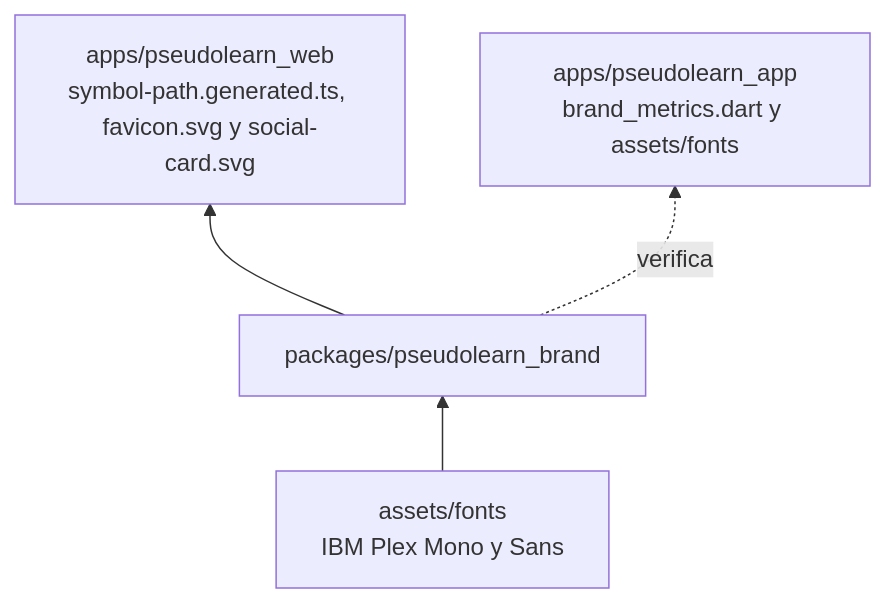
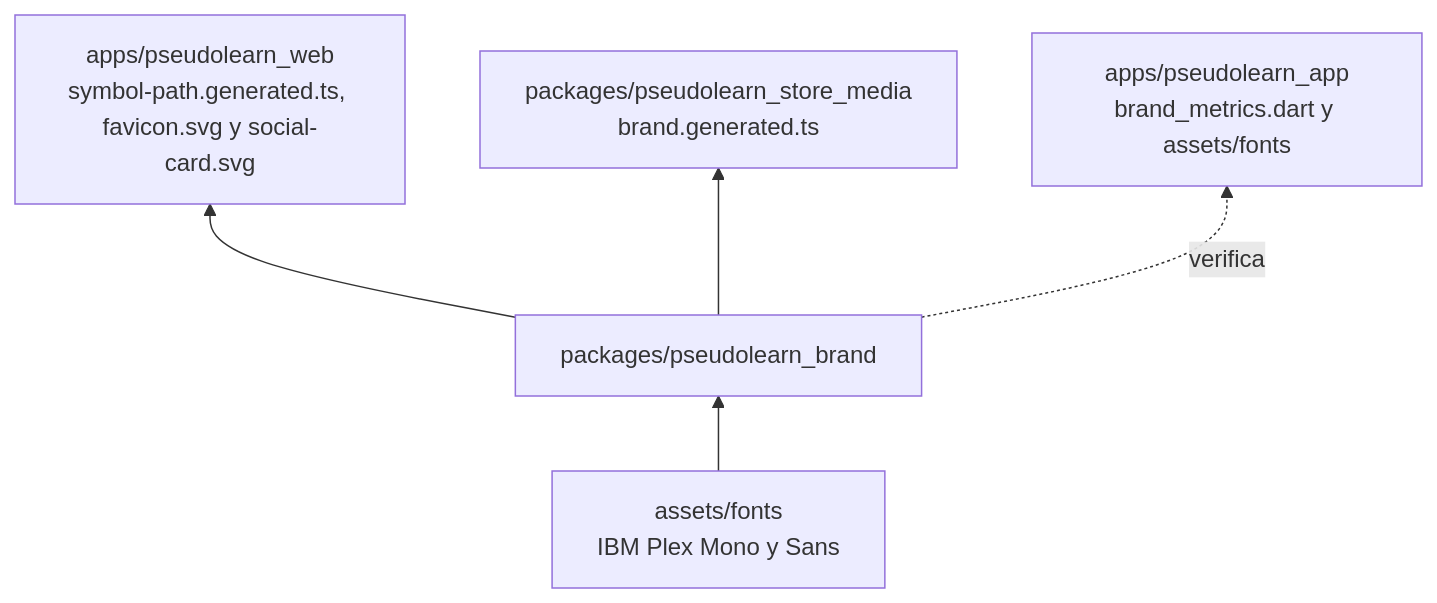
Before and after one commit to cgutieco/pseudolearn: the first of 3 diagrams in packages/pseudolearn_brand/README.md, drawn with Mermaid. The commit also changed other lines of this file and 6 other files, not shown here.

First line of the commit message:
feat(brand): emit the brand module the store media engine composes from

````diff
--- a/packages/pseudolearn_brand/README.md
+++ b/packages/pseudolearn_brand/README.md
@@ -14,6 +13,7 @@
 ```mermaid
 flowchart BT
     fonts["assets/fonts<br/>IBM Plex Mono y Sans"] --> brand["packages/pseudolearn_brand"]
     brand --> web["apps/pseudolearn_web<br/>symbol-path.generated.ts, favicon.svg y social-card.svg"]
+    brand --> media["packages/pseudolearn_store_media<br/>brand.generated.ts"]
     brand -. verifica .-> app["apps/pseudolearn_app<br/>brand_metrics.dart y assets/fonts"]
 ```
````
